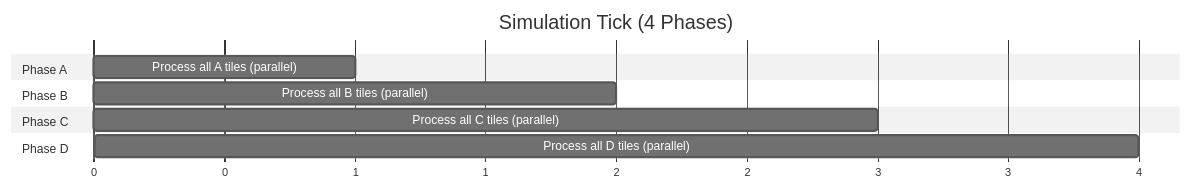
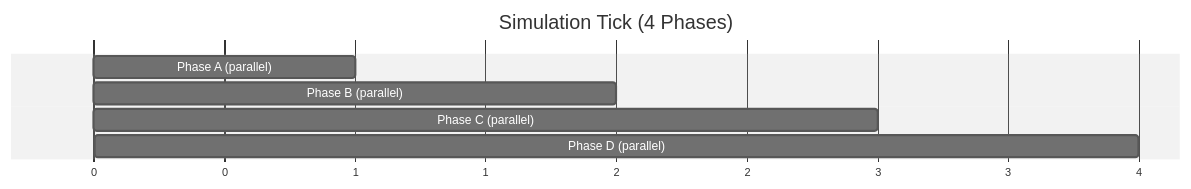
Before and after one commit to api-haus/bevy_pixel_world: the third of 4 diagrams in docs/arhitecture/scheduling.md, drawn with Mermaid (neutral theme). The commit also changed 3 other files, not shown here.

````diff
--- a/docs/arhitecture/scheduling.md
+++ b/docs/arhitecture/scheduling.md
@@ -76,18 +76,11 @@
 ```mermaid
 gantt
     title Simulation Tick (4 Phases)
     dateFormat X
     axisFormat %s
 
-    section Phase A
-        Process all A tiles (parallel): a1, 0, 1
-
-    section Phase B
-        Process all B tiles (parallel): b1, 1, 2
-
-    section Phase C
-        Process all C tiles (parallel): c1, 2, 3
-
-    section Phase D
-        Process all D tiles (parallel): d1, 3, 4
+    Phase A (parallel): a1, 0, 1
+    Phase B (parallel): b1, 1, 2
+    Phase C (parallel): c1, 2, 3
+    Phase D (parallel): d1, 3, 4
 ```
````
